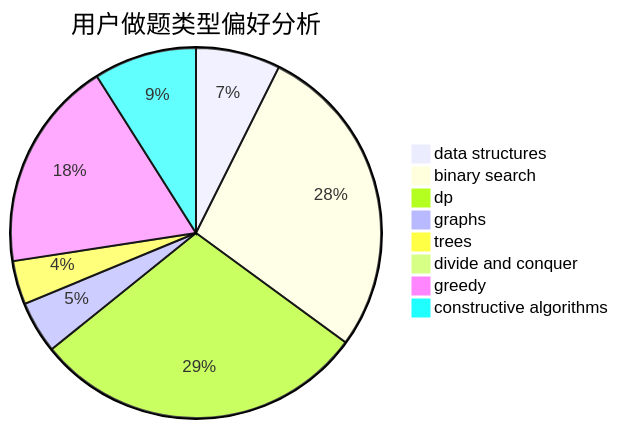
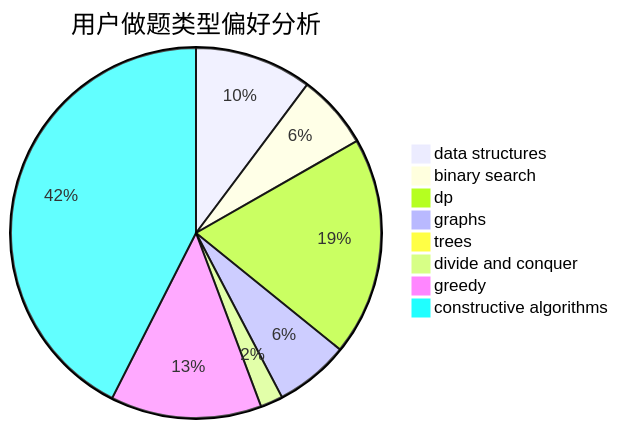
Before and after one commit to sherpahu/cfrs.github.io: the second of 3 diagrams in docs/user/u2654.md, drawn with Mermaid. The commit also changed other lines of this file and 2770 other files, not shown here.

````diff
--- a/docs/user/u2654.md
+++ b/docs/user/u2654.md
@@ -23,11 +23,11 @@
 ```mermaid
 pie title 用户做题类型偏好分析
-    "data structures" :  60
-    "binary search" :  225
-    "dp" :  237
-    "graphs" :  37
-    "trees" :  31
-    "divide and conquer" :  0
-    "greedy" :  150
-    "constructive algorithms" :  73
+    "data structures" :  52
+    "binary search" :  33
+    "dp" :  97
+    "graphs" :  33
+    "trees" :  4
+    "divide and conquer" :  10
+    "greedy" :  67
+    "constructive algorithms" :  216
 ```
````
